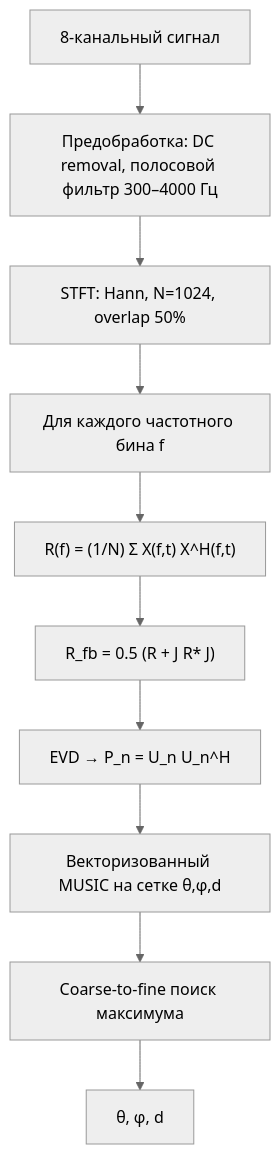
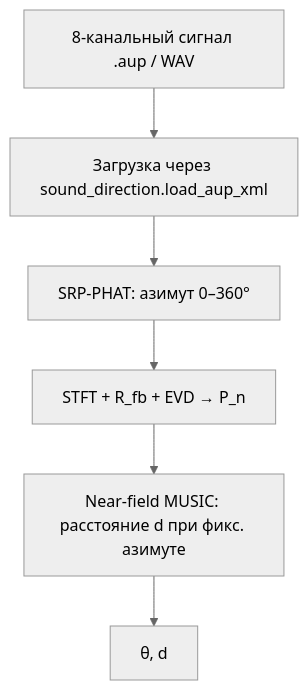
One commit to xxlcxsh/MUSIC changed the diagram in README.md. Above: the diagram before and after it, drawn with Mermaid (neutral theme). The commit also changed other lines of this file and 5 other files, not shown here.

First line of the commit message:
Align MUSIC with circular array and SRP-PHAT DOA

````diff
--- a/README.md
+++ b/README.md
@@ -154,12 +121,8 @@
 ```mermaid
 flowchart TD
-    A[8-канальный сигнал] --> B[Предобработка: DC removal, полосовой фильтр 300–4000 Гц]
-    B --> C[STFT: Hann, N=1024, overlap 50%]
-    C --> D[Для каждого частотного бина f]
-    D --> E["R(f) = (1/N) Σ X(f,t) X^H(f,t)"]
-    E --> F["R_fb = 0.5 (R + J R* J)"]
-    F --> G[EVD → P_n = U_n U_n^H]
-    G --> H[Векторизованный MUSIC на сетке θ,φ,d]
-    H --> I[Coarse-to-fine поиск максимума]
-    I --> J[θ, φ, d]
+    A[8-канальный сигнал .aup / WAV] --> B[Загрузка через sound_direction.load_aup_xml]
+    B --> C[SRP-PHAT: азимут 0–360°]
+    C --> D[STFT + R_fb + EVD → P_n]
+    D --> E[Near-field MUSIC: расстояние d при фикс. азимуте]
+    E --> F[θ, d]
 ```
````
